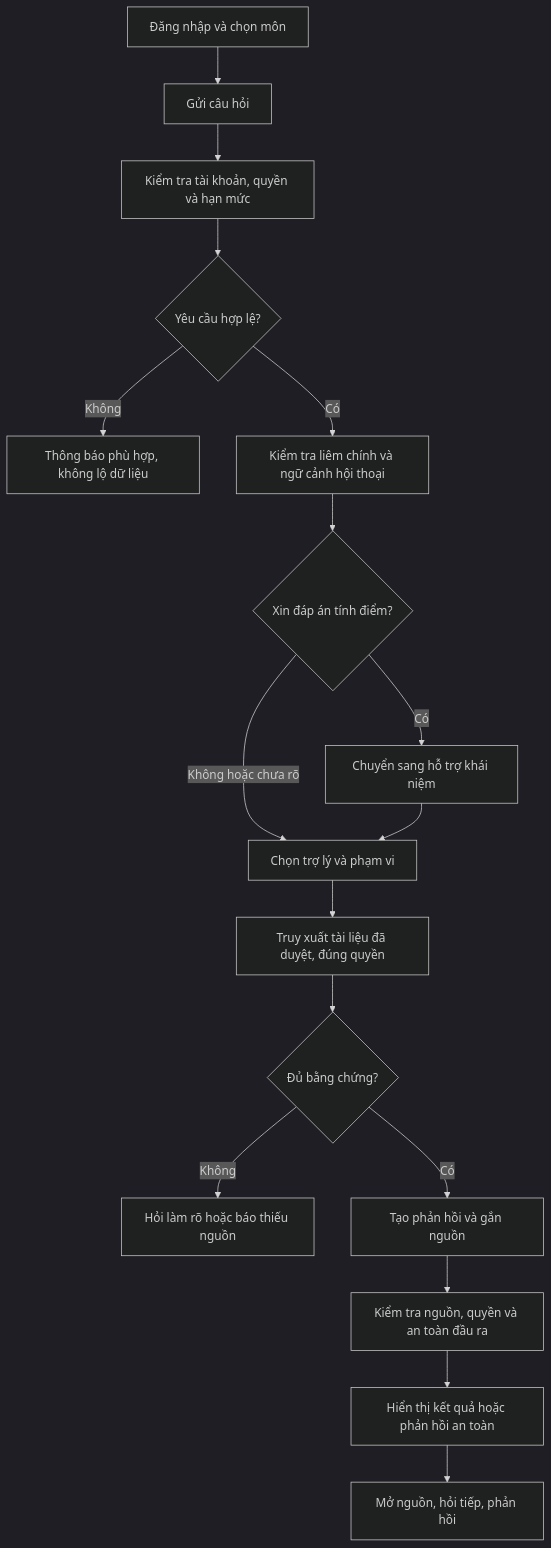
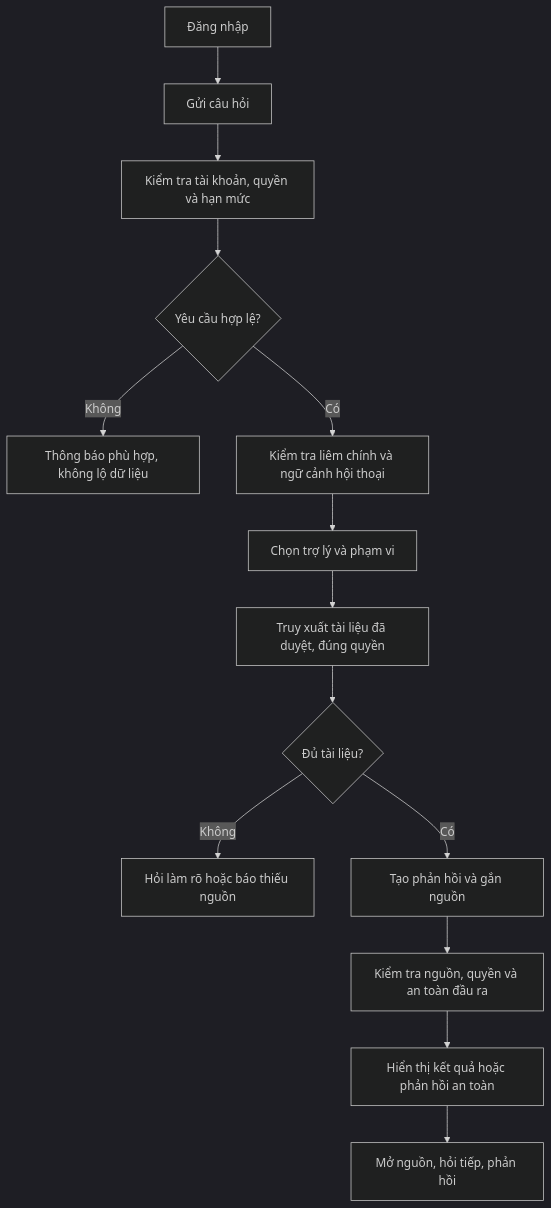
Before and after one commit to MinhNhatUet/7grass10wwind: the first of 6 diagrams in docs/documentions/PRD_edu04.md, drawn with Mermaid (dark theme). The commit also changed other lines of this file and 3 other files, not shown here.

First line of the commit message:
docs: sync wireframe/UI flow, backlog và milestone theo PRD v2.0

````diff
--- a/docs/documentions/PRD_edu04.md
+++ b/docs/documentions/PRD_edu04.md
@@ -445,19 +187,16 @@
 ```mermaid
 flowchart TD
-    A[Đăng nhập và chọn môn] --> B[Gửi câu hỏi]
+    A[Đăng nhập] --> B[Gửi câu hỏi]
     B --> C[Kiểm tra tài khoản, quyền và hạn mức]
     C --> D{Yêu cầu hợp lệ?}
     D -- Không --> E[Thông báo phù hợp, không lộ dữ liệu]
     D -- Có --> F[Kiểm tra liêm chính và ngữ cảnh hội thoại]
-    F --> G{Xin đáp án tính điểm?}
-    G -- Có --> H[Chuyển sang hỗ trợ khái niệm]
-    G -- Không hoặc chưa rõ --> I[Chọn trợ lý và phạm vi]
-    H --> I
+    F --> I[Chọn trợ lý và phạm vi]
     I --> J[Truy xuất tài liệu đã duyệt, đúng quyền]
-    J --> K{Đủ bằng chứng?}
+    J --> K{Đủ tài liệu?}
     K -- Không --> L[Hỏi làm rõ hoặc báo thiếu nguồn]
     K -- Có --> M[Tạo phản hồi và gắn nguồn]
     M --> N[Kiểm tra nguồn, quyền và an toàn đầu ra]
     N --> O[Hiển thị kết quả hoặc phản hồi an toàn]
     O --> P[Mở nguồn, hỏi tiếp, phản hồi]
 ```
````
